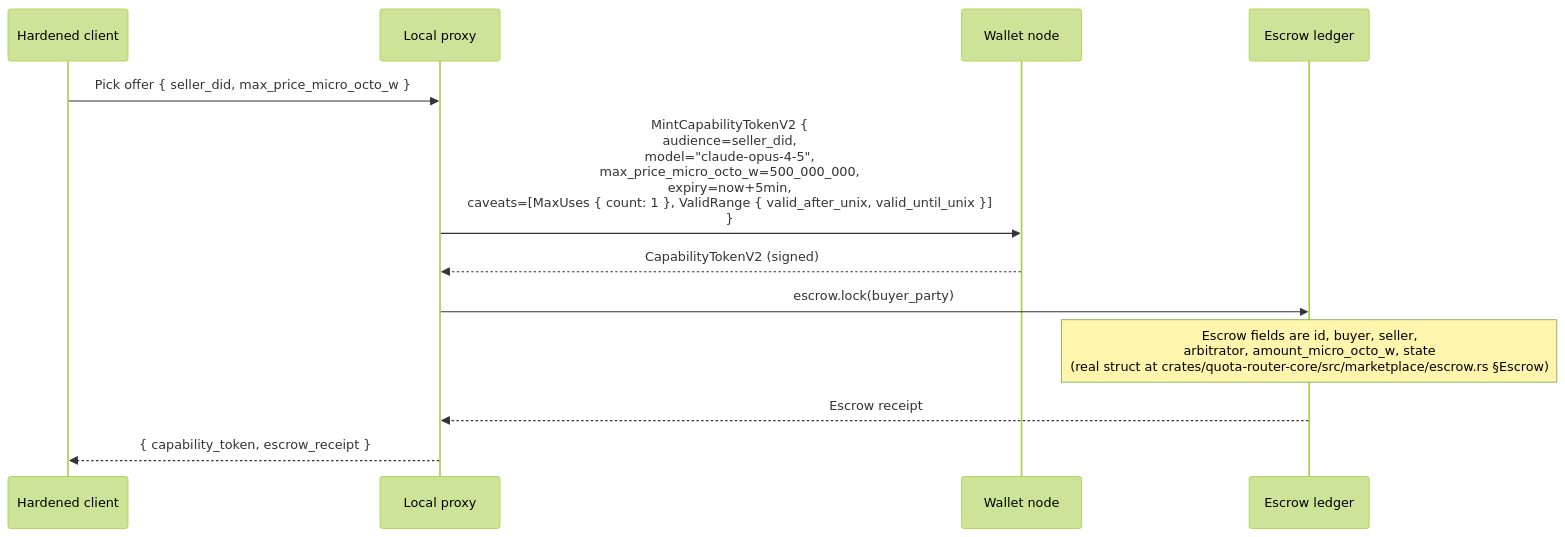
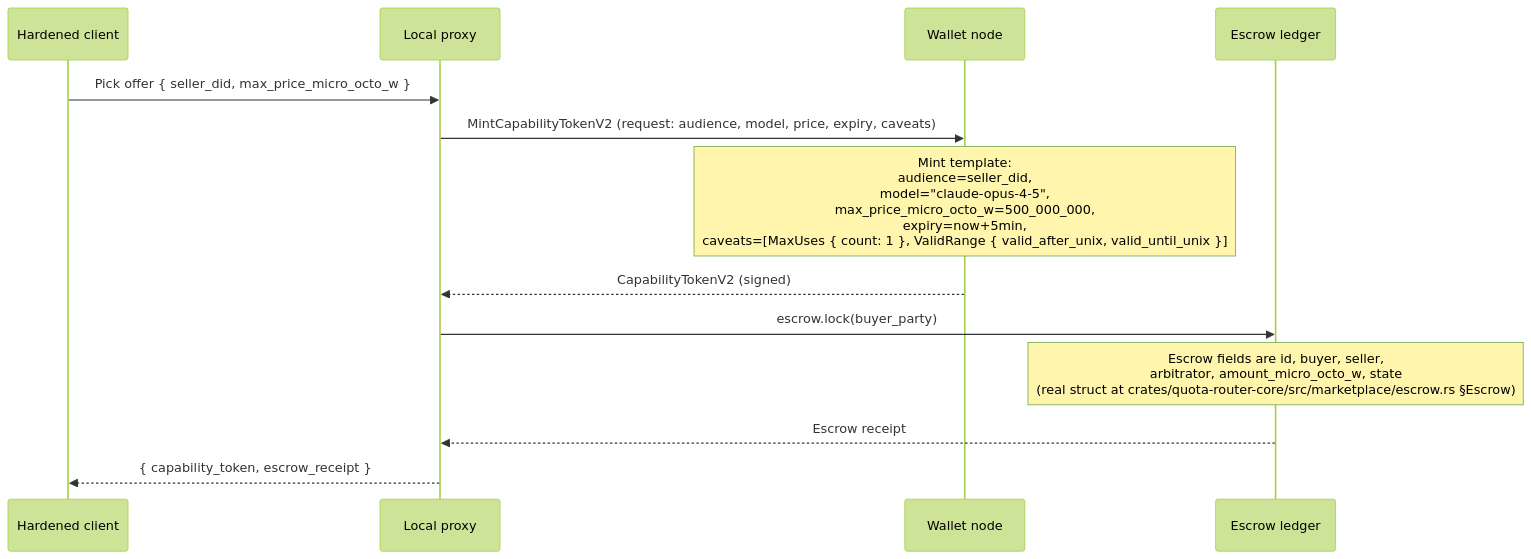
Before and after one commit to CipherOcto/cipherocto: the seventh of 14 diagrams in docs/architecture/end-to-end-scenarios.md, drawn with Mermaid (forest theme). The commit also changed other lines of this file and 1 other file, not shown here.

````diff
--- a/docs/architecture/end-to-end-scenarios.md
+++ b/docs/architecture/end-to-end-scenarios.md
@@ -324,15 +353,16 @@
 ```mermaid
 sequenceDiagram
     participant C as Hardened client
     participant P as Local proxy
     participant W as Wallet node
     participant E as Escrow ledger
 
     C->>P: Pick offer { seller_did, max_price_micro_octo_w }
-    P->>W: MintCapabilityTokenV2 {<br/>  audience=seller_did,<br/>  model="claude-opus-4-5",<br/>  max_price_micro_octo_w=500_000_000,<br/>  expiry=now+5min,<br/>  caveats=[MaxUses { count: 1 }, ValidRange { valid_after_unix, valid_until_unix }]<br/>}
+    P->>W: MintCapabilityTokenV2 (request: audience, model, price, expiry, caveats)
+    Note over W: Mint template:<br/>  audience=seller_did,<br/>  model="claude-opus-4-5",<br/>  max_price_micro_octo_w=500_000_000,<br/>  expiry=now+5min,<br/>  caveats=[MaxUses { count: 1 }, ValidRange { valid_after_unix, valid_until_unix }]
     W-->>P: CapabilityTokenV2 (signed)
     P->>E: escrow.lock(buyer_party)
     Note over E: Escrow fields are id, buyer, seller,<br/>arbitrator, amount_micro_octo_w, state<br/>(real struct at crates/quota-router-core/src/marketplace/escrow.rs §Escrow)
     E-->>P: Escrow receipt
     P-->>C: { capability_token, escrow_receipt }
 ```
````
